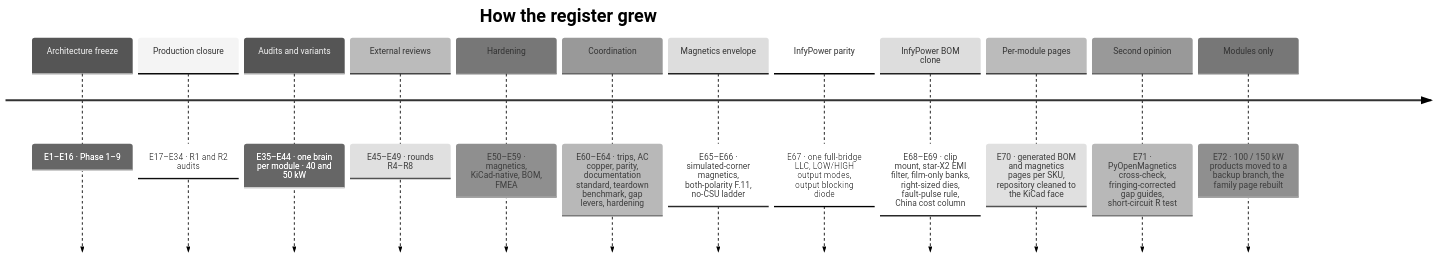
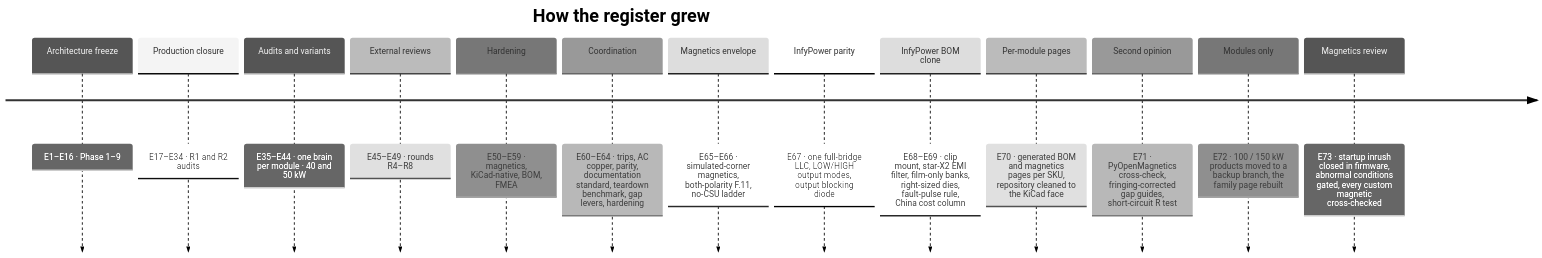
The diagram in docs/assumptions.md (vectivolt/DC-Modules), drawn with Mermaid (neutral theme) before and after one commit. The commit also changed other lines of this file and 91 other files, not shown here.

````diff
--- a/docs/assumptions.md
+++ b/docs/assumptions.md
@@ -38,16 +38,17 @@
 ```mermaid
 timeline
   title How the register grew
   Architecture freeze : E1–E16 · Phase 1–9
   Production closure : E17–E34 · R1 and R2 audits
   Audits and variants : E35–E44 · one brain per module · 40 and 50 kW
   External reviews : E45–E49 · rounds R4–R8
   Hardening : E50–E59 · magnetics, KiCad-native, BOM, FMEA
   Coordination : E60–E64 · trips, AC copper, parity, documentation standard, teardown benchmark, gap levers, hardening
   Magnetics envelope : E65–E66 · simulated-corner magnetics, both-polarity F.11, no-CSU ladder
   InfyPower parity : E67 · one full-bridge LLC, LOW/HIGH output modes, output blocking diode
   InfyPower BOM clone : E68–E69 · clip mount, star-X2 EMI filter, film-only banks, right-sized dies, fault-pulse rule, China cost column
   Per-module pages : E70 · generated BOM and magnetics pages per SKU, repository cleaned to the KiCad face
   Second opinion : E71 · PyOpenMagnetics cross-check, fringing-corrected gap guides, short-circuit R test
   Modules only : E72 · 100 / 150 kW products moved to a backup branch, the family page rebuilt
+  Magnetics review : E73 · startup inrush closed in firmware, abnormal conditions gated, every custom magnetic cross-checked
 ```
````
